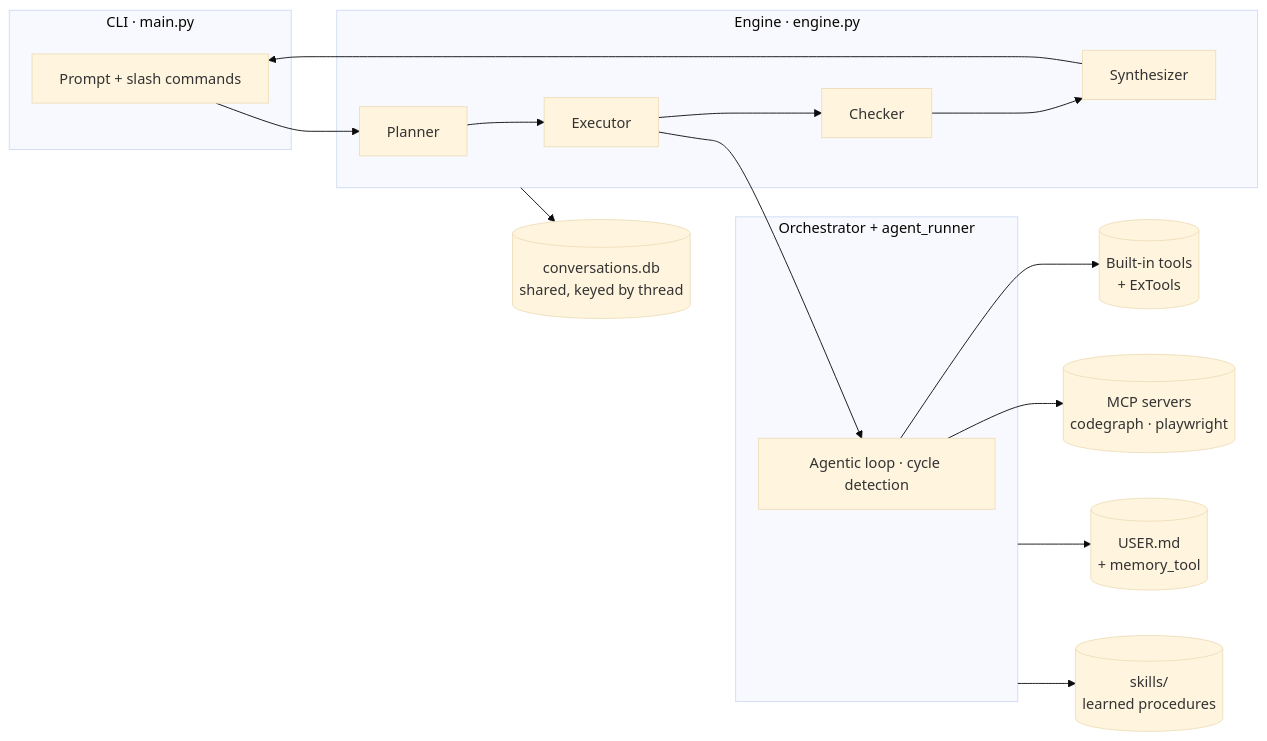
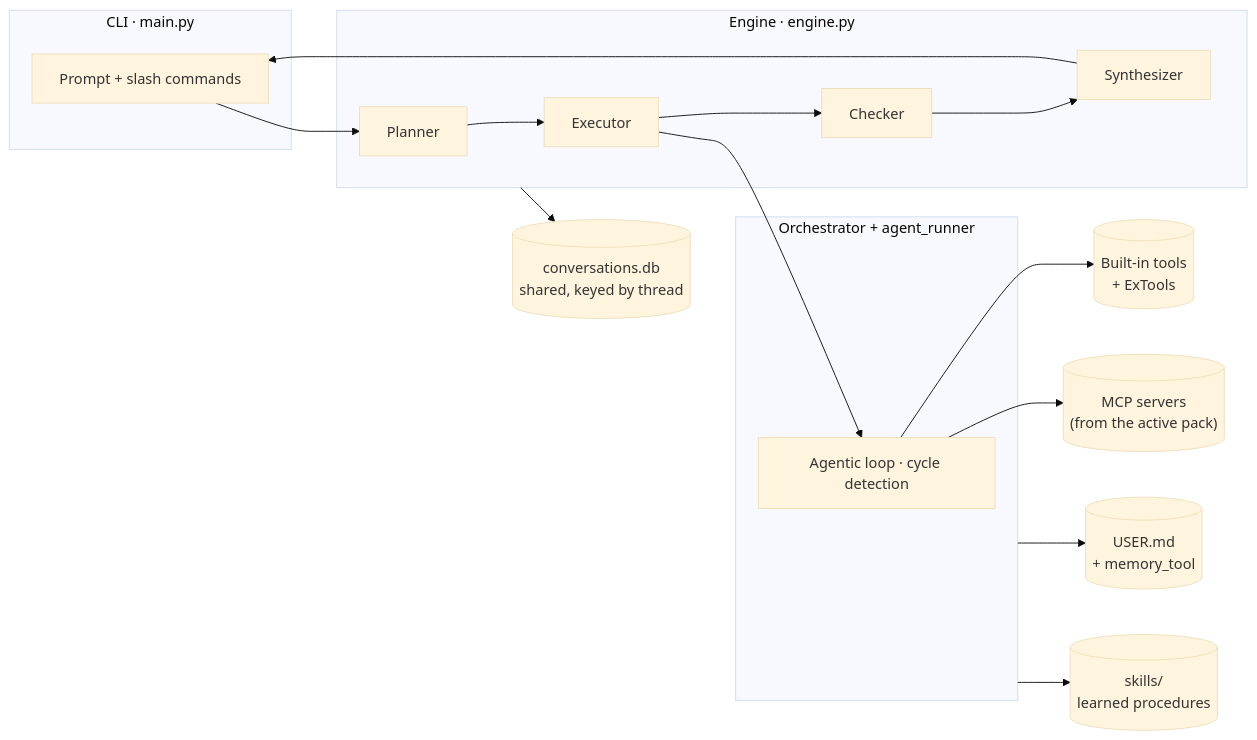
The second of 5 diagrams in architecture/README.md (Arsh910/Anet), drawn with Mermaid (base theme) before and after one commit. The commit also changed 7 other files, not shown here.

````diff
--- a/architecture/README.md
+++ b/architecture/README.md
@@ -45,21 +45,21 @@
 ```mermaid
 flowchart LR
     subgraph CLI["CLI · main.py"]
         IN["Prompt + slash commands"]
     end
     subgraph ENG["Engine · engine.py"]
         PL["Planner"] --> EX["Executor"] --> CH["Checker"] --> SY["Synthesizer"]
     end
     subgraph RUN["Orchestrator + agent_runner"]
         LOOP["Agentic loop · cycle detection"]
     end
 
     IN --> PL
     SY --> IN
     EX --> LOOP
     LOOP --> TOOLS[("Built-in tools<br/>+ ExTools")]
-    LOOP --> MCP[("MCP servers<br/>codegraph · playwright")]
+    LOOP --> MCP[("MCP servers<br/>(from the active pack)")]
     ENG --> STORE[("conversations.db<br/>shared, keyed by thread")]
     RUN --> MEM[("USER.md<br/>+ memory_tool")]
     RUN --> SK[("skills/<br/>learned procedures")]
 ```
````
